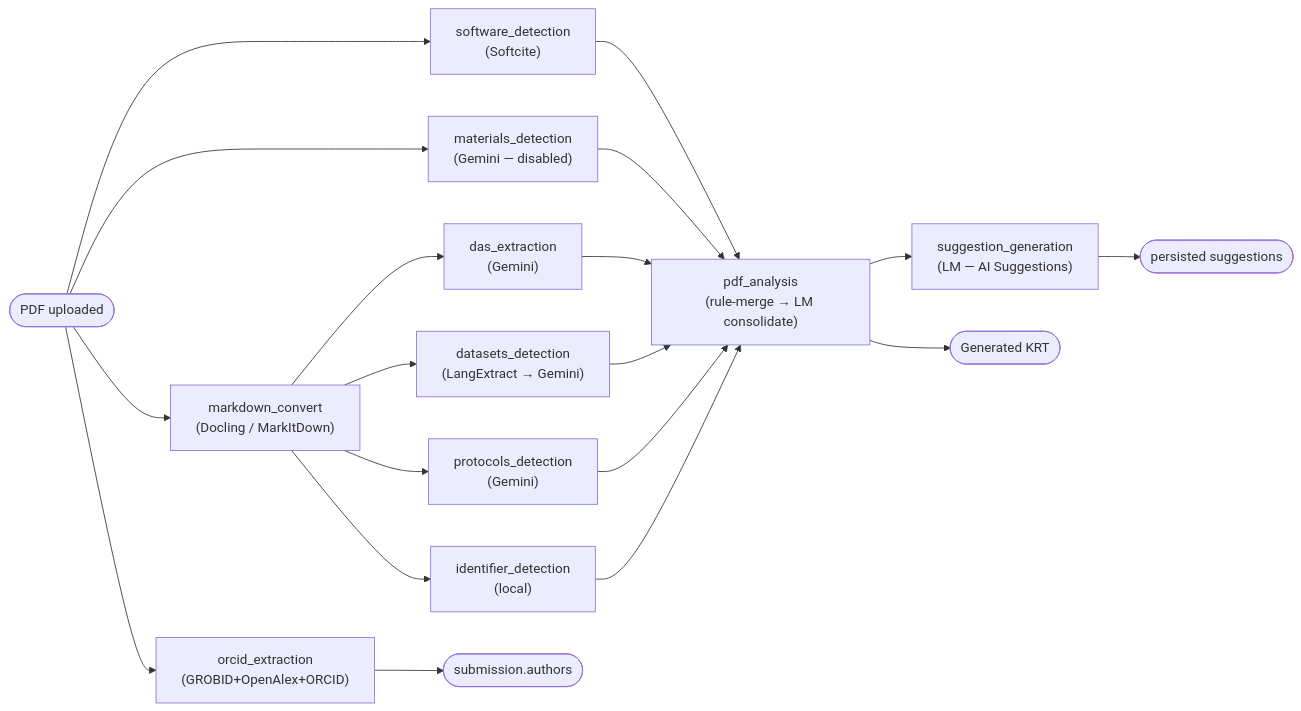
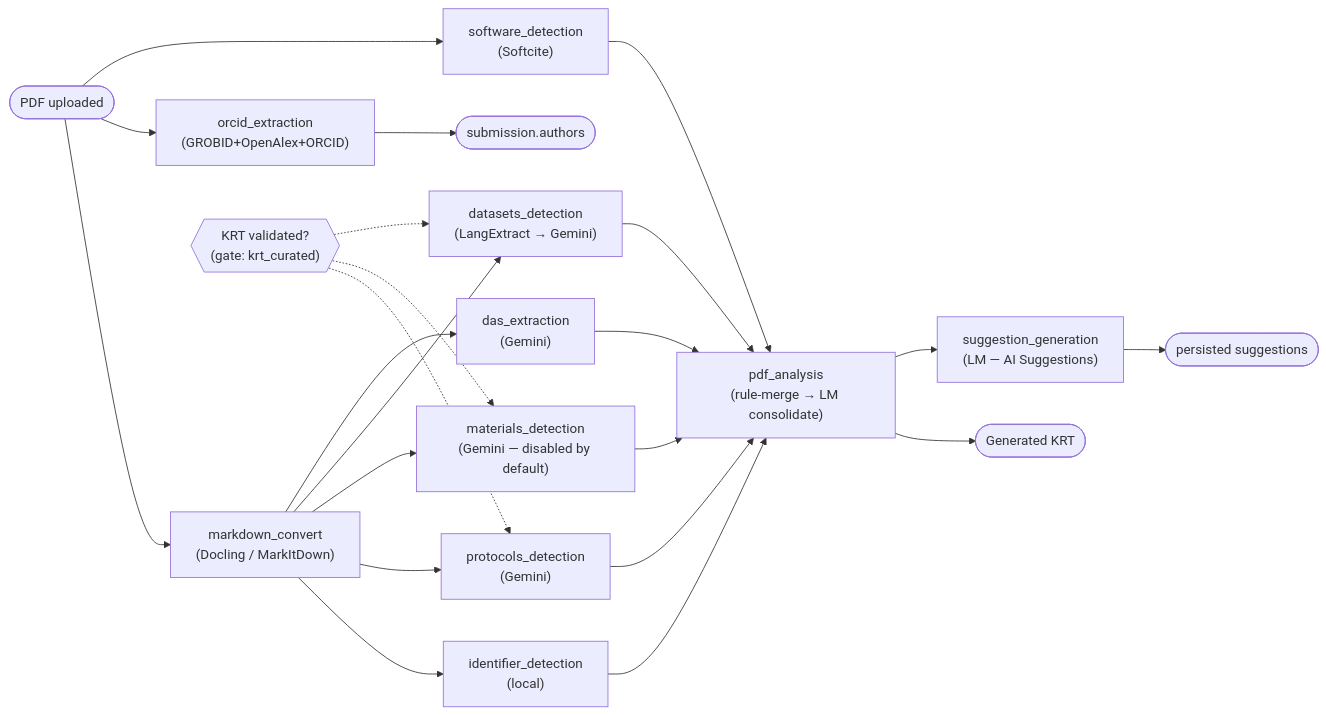
The diagram in docs/background-modules.md (DataSeer/asap-kr-sync), drawn with Mermaid before and after one commit. The commit also changed other lines of this file and 7 other files, not shown here.

First line of the commit message:
docs: document KRT-validation gate, batch endpoint, and modal search UI

````diff
--- a/docs/background-modules.md
+++ b/docs/background-modules.md
@@ -34,21 +34,24 @@
 ```mermaid
 flowchart LR
     UP(["PDF uploaded"]) --> SW["software_detection<br/>(Softcite)"]
     UP --> OR["orcid_extraction<br/>(GROBID+OpenAlex+ORCID)"]
-    UP --> MAT["materials_detection<br/>(Gemini — disabled)"]
     UP --> MDC["markdown_convert<br/>(Docling / MarkItDown)"]
     MDC --> DAS["das_extraction<br/>(Gemini)"]
     MDC --> DS["datasets_detection<br/>(LangExtract → Gemini)"]
+    MDC --> MAT["materials_detection<br/>(Gemini — disabled by default)"]
     MDC --> PR["protocols_detection<br/>(Gemini)"]
     MDC --> ID["identifier_detection<br/>(local)"]
+    KRTV{{"KRT validated?<br/>(gate: krt_curated)"}} -.-> DS
+    KRTV -.-> MAT
+    KRTV -.-> PR
     SW --> PA["pdf_analysis<br/>(rule-merge → LM consolidate)"]
     MAT --> PA
     DAS --> PA
     DS --> PA
     PR --> PA
     ID --> PA
     PA --> SG["suggestion_generation<br/>(LM — AI Suggestions)"]
     SG --> SUG(["persisted suggestions"])
     PA --> GK(["Generated KRT"])
     OR --> AU(["submission.authors"])
 ```
````
